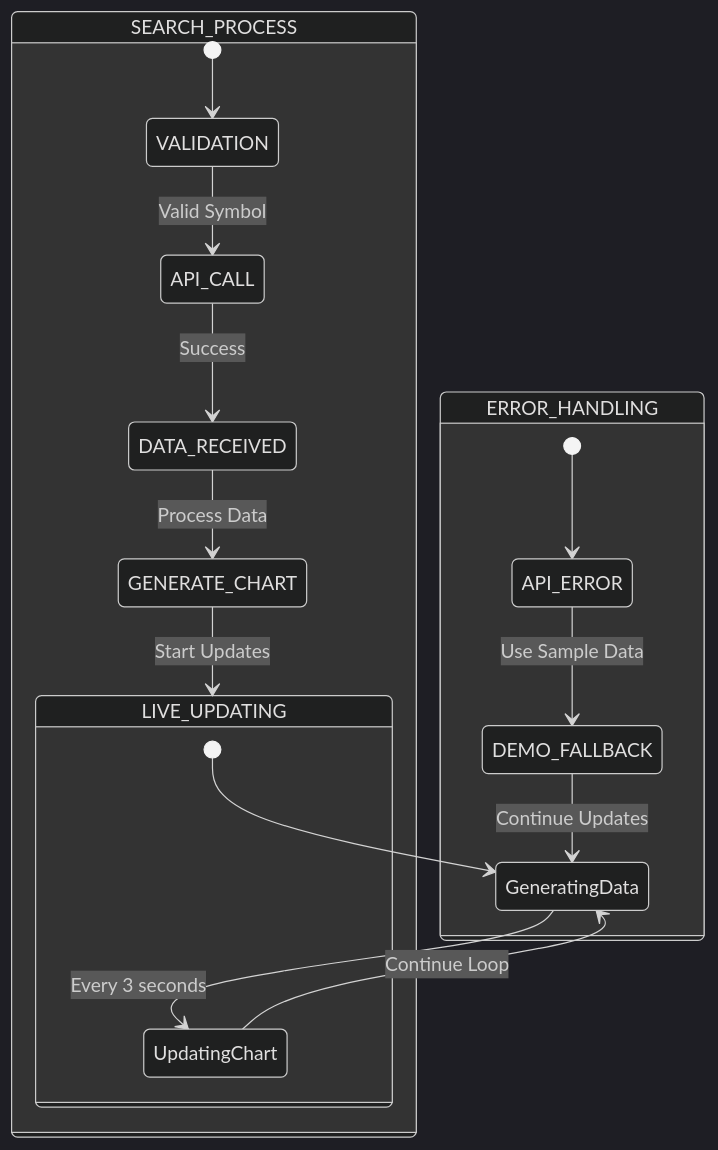
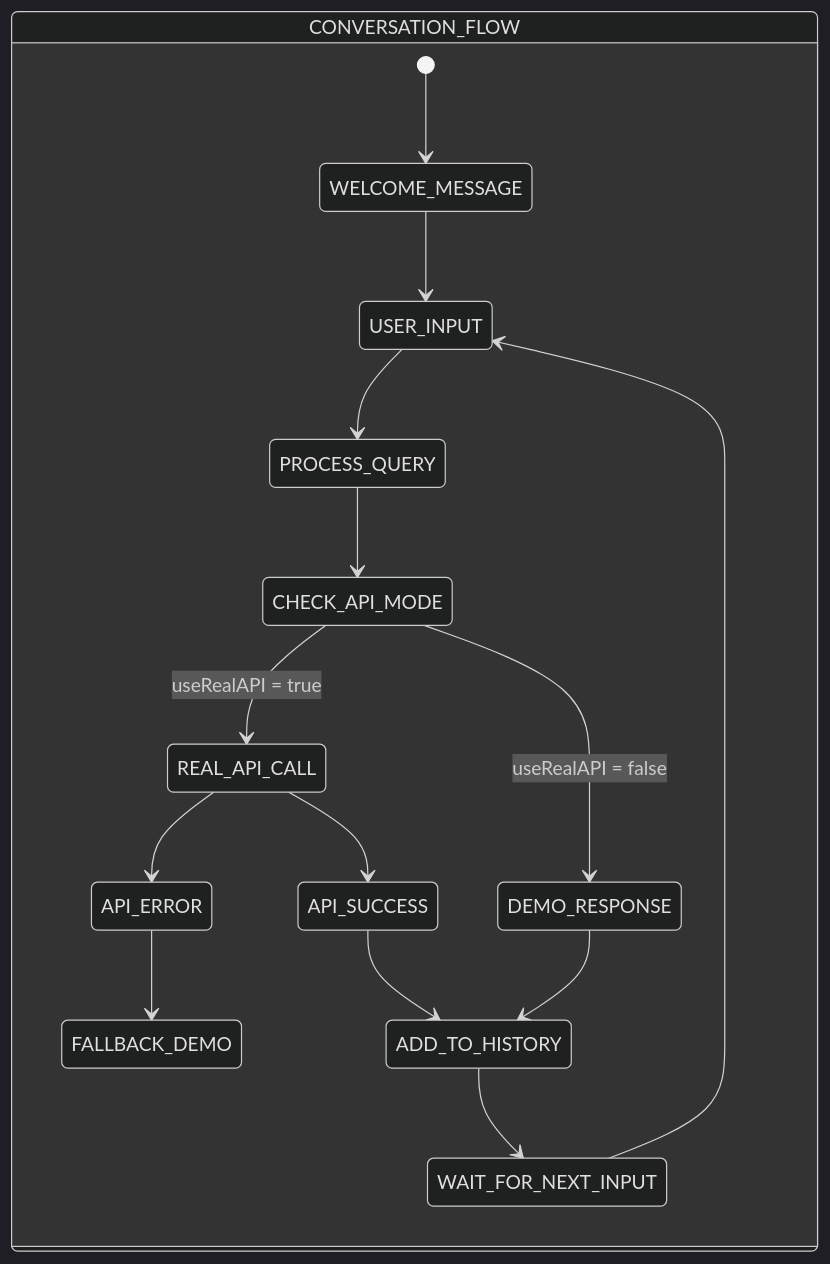
One commit to ayushtiwari1526/TheReinforcers_AyushTiwari changed the first of 6 diagrams in .qoder/repowiki/en/content/User Interface Components.md. Above: the diagram before and after it, drawn with Mermaid (dark theme). The commit also changed other lines of this file and 9 other files, not shown here.

````diff
--- a/.qoder/repowiki/en/content/User Interface Components.md
+++ b/.qoder/repowiki/en/content/User Interface Components.md
@@ -63,20 +75,18 @@
 ```mermaid
 stateDiagram-v2
-state LIVE_UPDATING {
-[*] --> GeneratingData
-GeneratingData --> UpdatingChart : Every 3 seconds
-UpdatingChart --> GeneratingData : Continue Loop
-}
-state ERROR_HANDLING {
-[*] --> API_ERROR
-API_ERROR --> DEMO_FALLBACK : Use Sample Data
-DEMO_FALLBACK --> GeneratingData : Continue Updates
-}
-state SEARCH_PROCESS {
-[*] --> VALIDATION
-VALIDATION --> API_CALL : Valid Symbol
-API_CALL --> DATA_RECEIVED : Success
-DATA_RECEIVED --> GENERATE_CHART : Process Data
-GENERATE_CHART --> LIVE_UPDATING : Start Updates
+state CONVERSATION_FLOW {
+[*] --> WELCOME_MESSAGE
+WELCOME_MESSAGE --> USER_INPUT
+USER_INPUT --> PROCESS_QUERY
+PROCESS_QUERY --> CHECK_API_MODE
+CHECK_API_MODE --> REAL_API_CALL : useRealAPI = true
+CHECK_API_MODE --> DEMO_RESPONSE : useRealAPI = false
+REAL_API_CALL --> API_SUCCESS
+REAL_API_CALL --> API_ERROR
+API_ERROR --> FALLBACK_DEMO
+API_SUCCESS --> ADD_TO_HISTORY
+DEMO_RESPONSE --> ADD_TO_HISTORY
+ADD_TO_HISTORY --> WAIT_FOR_NEXT_INPUT
+WAIT_FOR_NEXT_INPUT --> USER_INPUT
 }
 ```
````
